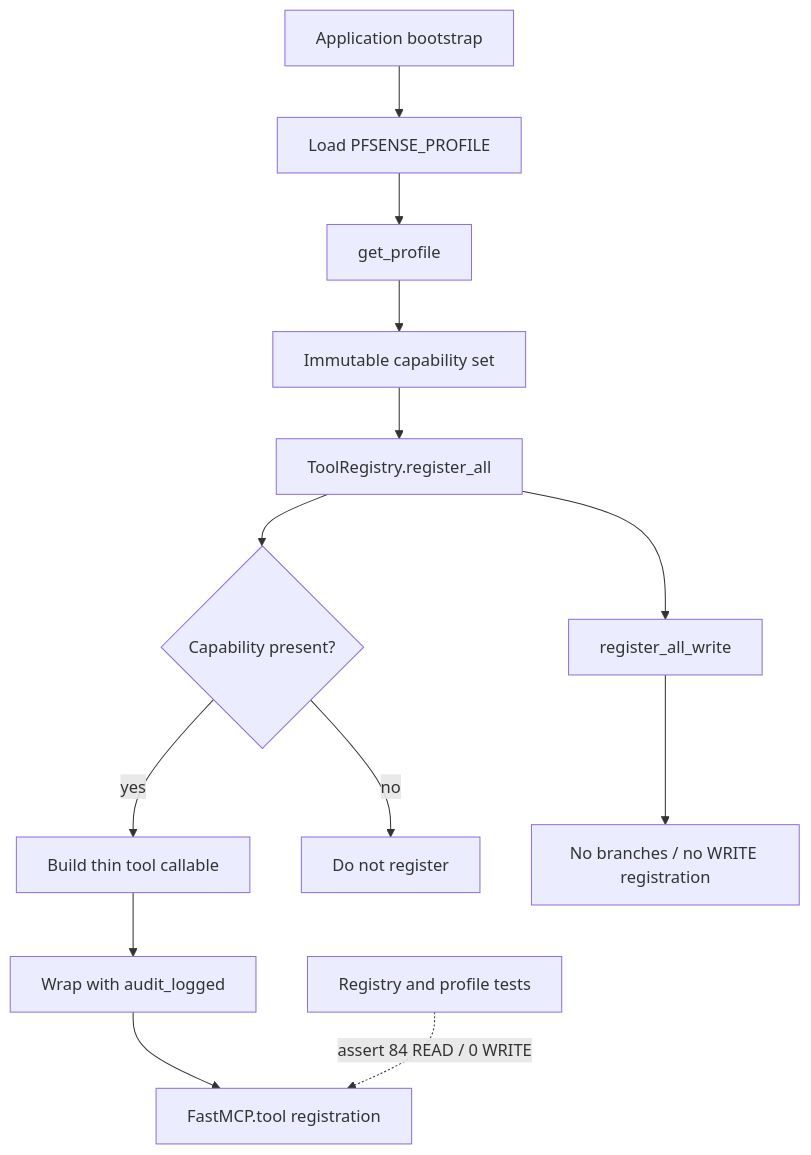
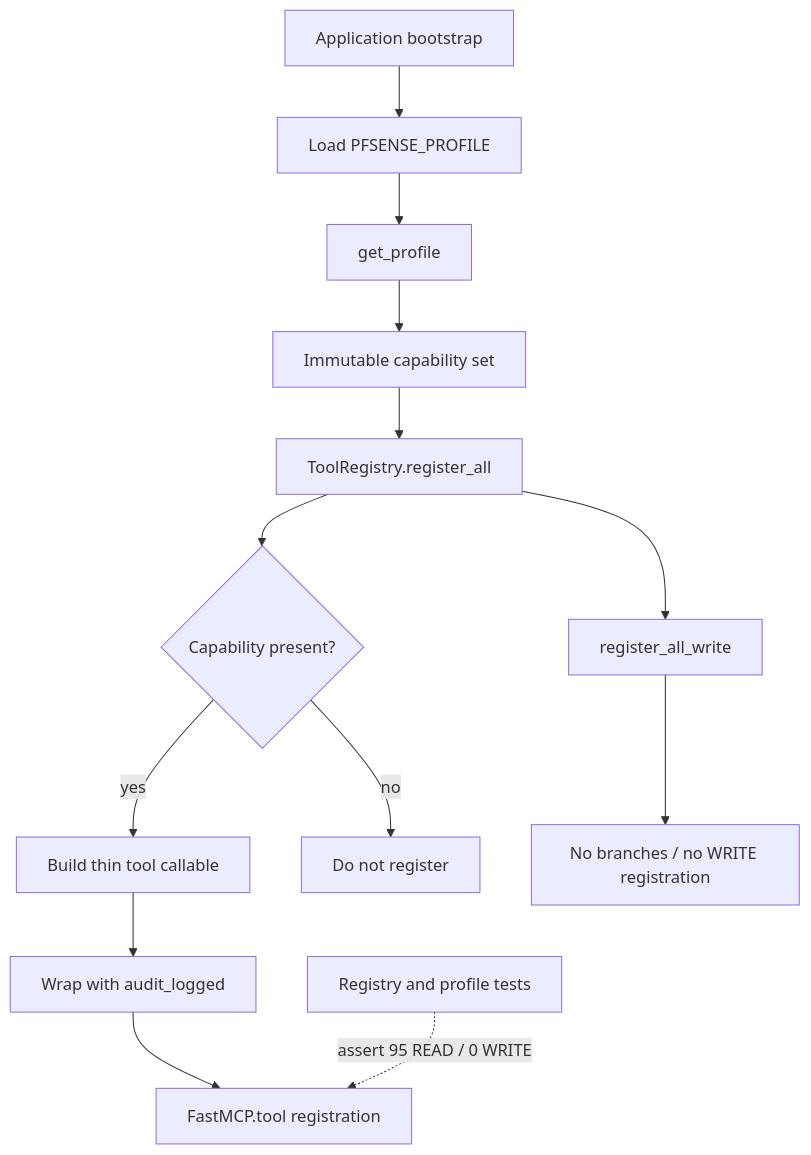
The third of 10 diagrams in docs/ARCHITECTURE_DIAGRAMS.md (night4me/pfsense-mcp-server), drawn with Mermaid before and after one commit. The commit also changed other lines of this file and 15 other files, not shown here.

````diff
--- a/docs/ARCHITECTURE_DIAGRAMS.md
+++ b/docs/ARCHITECTURE_DIAGRAMS.md
@@ -62,18 +62,18 @@
 ```mermaid
 flowchart TD
     Start[Application bootstrap] --> ProfileName[Load PFSENSE_PROFILE]
     ProfileName --> Profiles[get_profile]
     Profiles --> CapSet[Immutable capability set]
     CapSet --> Registry[ToolRegistry.register_all]
 
     Registry --> C1{Capability present?}
     C1 -->|yes| Build[Build thin tool callable]
     C1 -->|no| Skip[Do not register]
     Build --> Audit[Wrap with audit_logged]
     Audit --> MCP[FastMCP.tool registration]
 
     Registry --> WriteDispatch[register_all_write]
     WriteDispatch --> Empty[No branches / no WRITE registration]
 
-    Tests[Registry and profile tests] -. assert 84 READ / 0 WRITE .-> MCP
+    Tests[Registry and profile tests] -. assert 95 READ / 0 WRITE .-> MCP
 ```
````
